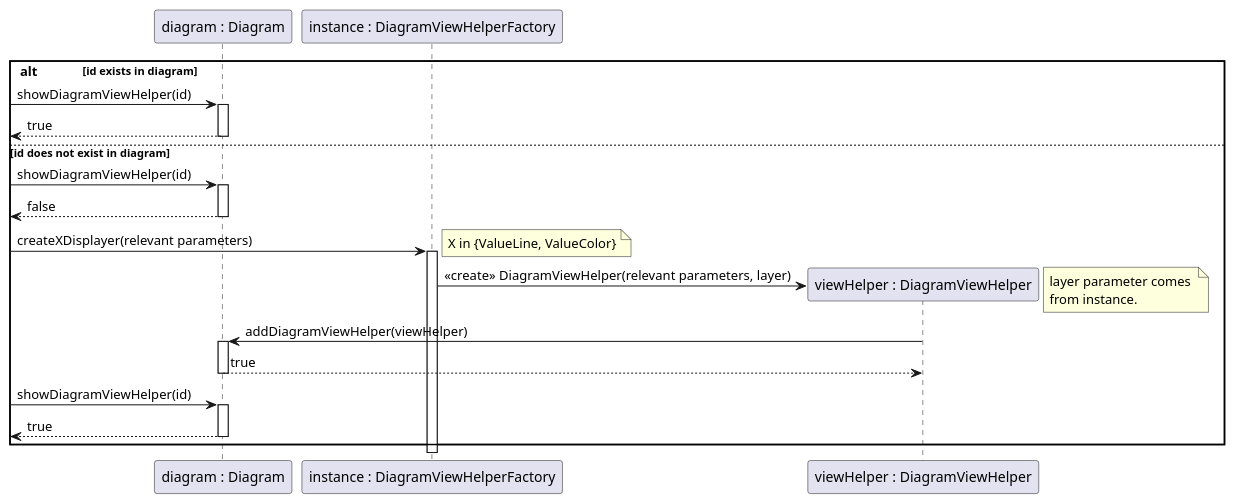
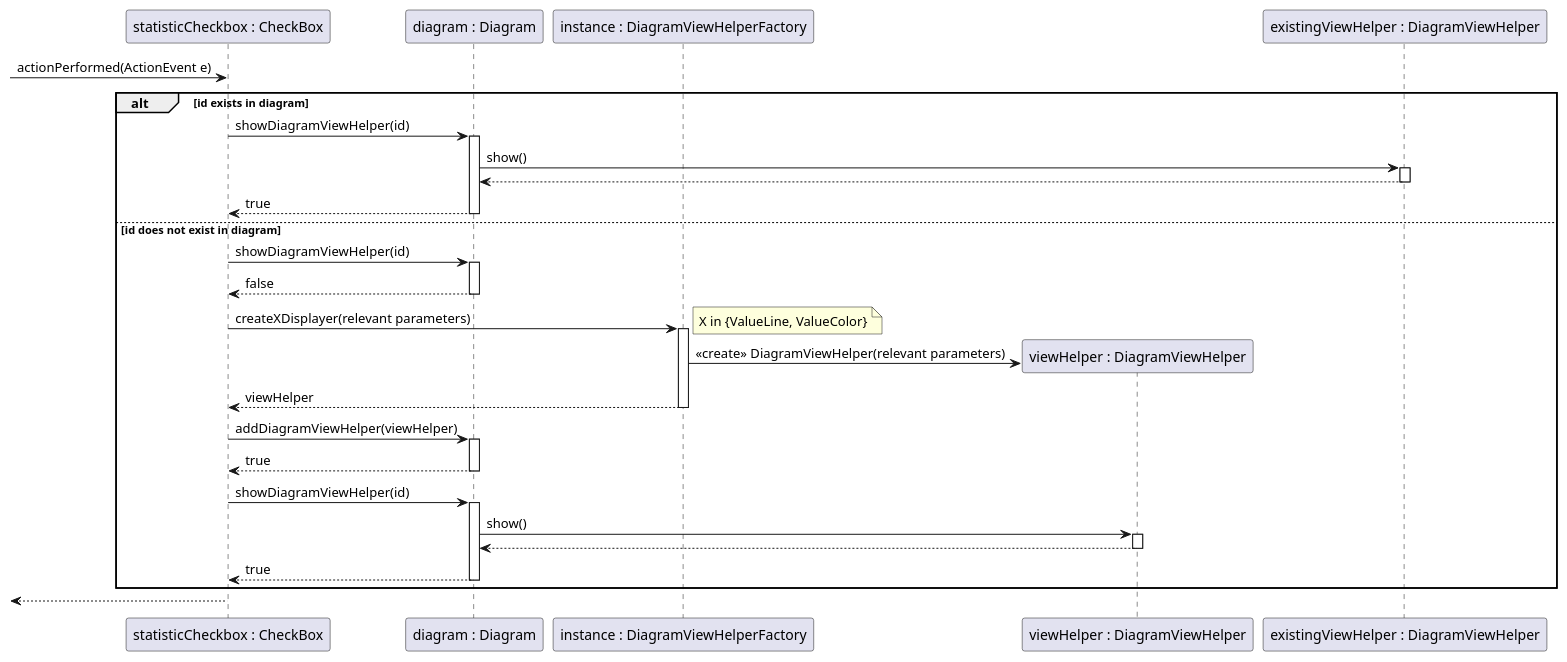
Before and after one commit to AlpTorac/PSE-Report: the diagram in Design Phase/SequenceDiagrams/Diagram Statistics.plantuml, drawn with PlantUML.

Commit message:
Fixed the Diagram Statistics sequence diagram

```diff
--- a/Design Phase/SequenceDiagrams/Diagram Statistics.plantuml
+++ b/Design Phase/SequenceDiagrams/Diagram Statistics.plantuml
@@ -1,26 +1,30 @@
 @startuml DiagramStatistics
+participant "statisticCheckbox : CheckBox" as CheckBox
 participant "diagram : Diagram" as Diagram
 participant "instance : DiagramViewHelperFactory" as DiagramViewHelperFactory
 participant "viewHelper : DiagramViewHelper" as DiagramViewHelper
-
+participant "existingViewHelper : DiagramViewHelper" as existingViewHelper
+-> CheckBox : actionPerformed(ActionEvent e)
 alt id exists in diagram
--> Diagram ++: showDiagramViewHelper(id)
+CheckBox -> Diagram ++: showDiagramViewHelper(id)
+Diagram -> existingViewHelper ++: show()
+return
 return true
 else id does not exist in diagram
--> Diagram ++: showDiagramViewHelper(id)
+CheckBox -> Diagram ++: showDiagramViewHelper(id)
 return false
--> DiagramViewHelperFactory ++: createXDisplayer(relevant parameters)
+CheckBox -> DiagramViewHelperFactory ++: createXDisplayer(relevant parameters)
 note right
 X in {ValueLine, ValueColor}
 end note
-DiagramViewHelperFactory -> DiagramViewHelper **: <<create>> DiagramViewHelper(relevant parameters, layer)
-note right
-layer parameter comes 
-from instance.
-end note
-DiagramViewHelper -> Diagram ++: addDiagramViewHelper(viewHelper)
+DiagramViewHelperFactory -> DiagramViewHelper **: <<create>> DiagramViewHelper(relevant parameters)
+return viewHelper
+CheckBox -> Diagram ++: addDiagramViewHelper(viewHelper)
 return true
--> Diagram ++: showDiagramViewHelper(id)
+CheckBox -> Diagram ++: showDiagramViewHelper(id)
+Diagram -> DiagramViewHelper ++: show()
+return
 return true
 end
+<-- CheckBox
 @enduml
```
